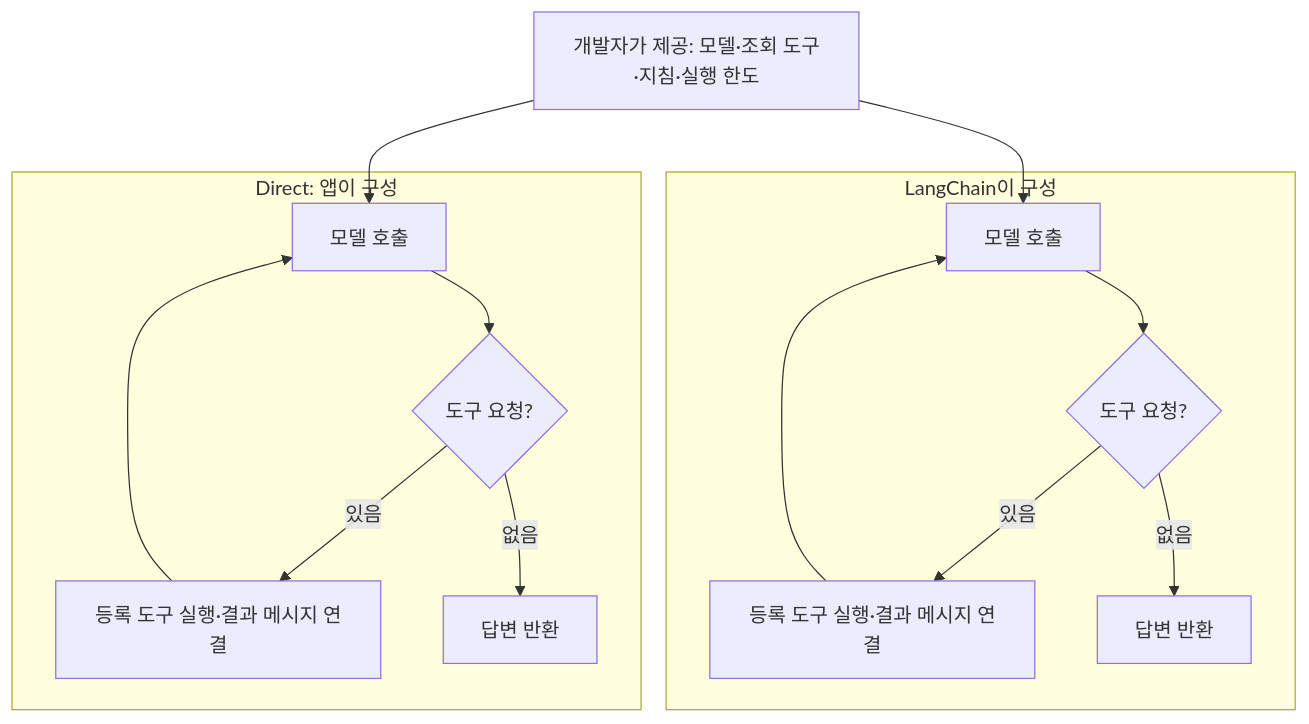
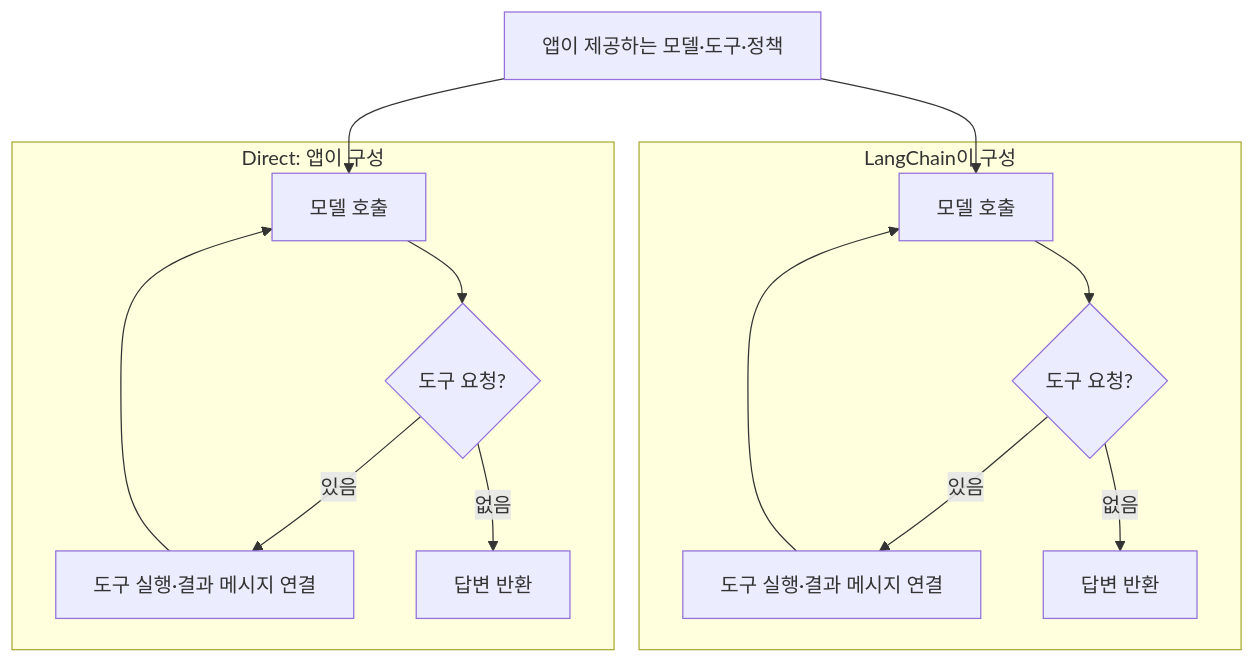
The first of 2 diagrams in week07-langchain-langgraph/README.md (MCshin00/ai-ax-learning-lab), drawn with Mermaid before and after one commit. The commit also changed other lines of this file and 5 other files, not shown here.

````diff
--- a/week07-langchain-langgraph/README.md
+++ b/week07-langchain-langgraph/README.md
@@ -174,17 +182,17 @@
 ```mermaid
 flowchart TB
     subgraph D["Direct: 앱이 구성"]
         DM["모델 호출"] --> DC{"도구 요청?"}
-        DC -->|있음| DT["등록 도구 실행·결과 메시지 연결"]
+        DC -->|있음| DT["도구 실행·결과 메시지 연결"]
         DT --> DM
         DC -->|없음| DE["답변 반환"]
     end
     subgraph L["LangChain이 구성"]
         LM["모델 호출"] --> LC{"도구 요청?"}
-        LC -->|있음| LT["등록 도구 실행·결과 메시지 연결"]
+        LC -->|있음| LT["도구 실행·결과 메시지 연결"]
         LT --> LM
         LC -->|없음| LE["답변 반환"]
     end
-    A["개발자가 제공: 모델·조회 도구·지침·실행 한도"] --> DM
+    A["앱이 제공하는 모델·도구·정책"] --> DM
     A --> LM
 ```
````
